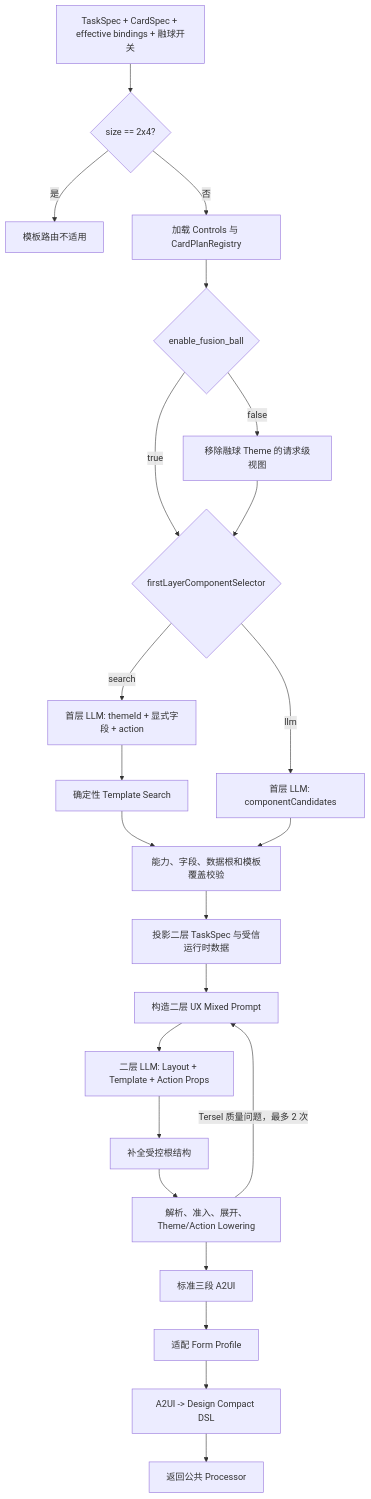
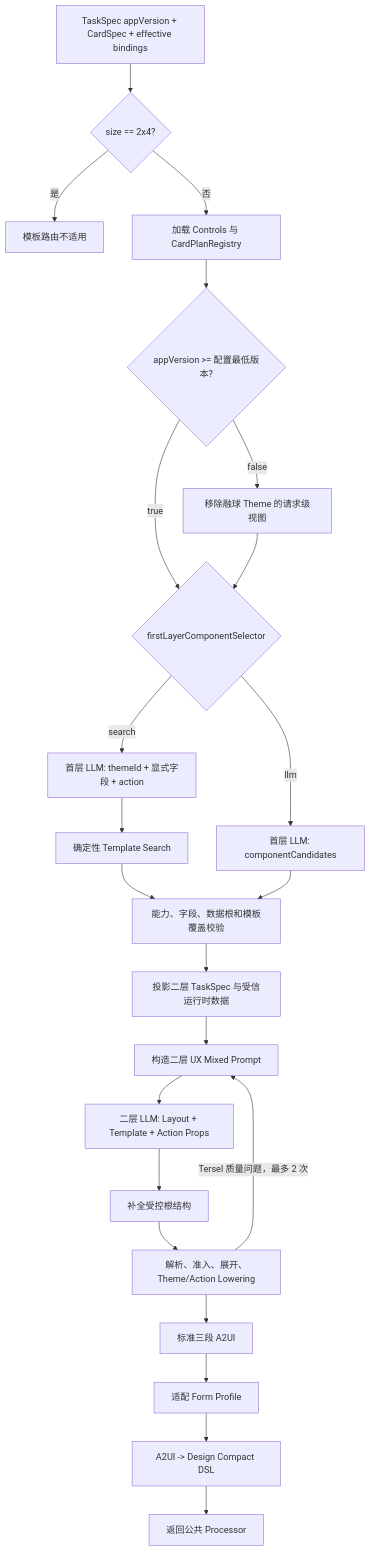
One commit to InnovationTea/CreateMyCard changed the second of 2 diagrams in widget_service/cloud/services/template_generation/docs/architecture.md. Above: the diagram before and after it, drawn with Mermaid. The commit also changed other lines of this file and 8 other files, not shown here.

First line of the commit message:
fix: gate template fusion by TaskSpec appVersion

````diff
--- a/widget_service/cloud/services/template_generation/docs/architecture.md
+++ b/widget_service/cloud/services/template_generation/docs/architecture.md
@@ -63,25 +63,25 @@
 ```mermaid
 flowchart TD
-    IN[TaskSpec + CardSpec + effective bindings + 融球开关] --> SIZE{size == 2x4?}
+    IN[TaskSpec appVersion + CardSpec + effective bindings] --> SIZE{size == 2x4?}
     SIZE -->|是| MISS[模板路由不适用]
     SIZE -->|否| LOAD[加载 Controls 与 CardPlanRegistry]
-    LOAD --> FUSION{enable_fusion_ball}
+    LOAD --> FUSION{appVersion >= 配置最低版本?}
     FUSION -->|false| FILTER[移除融球 Theme 的请求级视图]
     FUSION -->|true| SELECTOR{firstLayerComponentSelector}
     FILTER --> SELECTOR
     SELECTOR -->|search| MARK[首层 LLM: themeId + 显式字段 + action]
     MARK --> SEARCH[确定性 Template Search]
     SELECTOR -->|llm| LEGACY[首层 LLM: componentCandidates]
     SEARCH --> COVER[能力、字段、数据根和模板覆盖校验]
     LEGACY --> COVER
     COVER --> PROJECT[投影二层 TaskSpec 与受信运行时数据]
     PROJECT --> PROMPT[构造二层 UX Mixed Prompt]
     PROMPT --> BODY[二层 LLM: Layout + Template + Action Props]
     BODY --> FRAME[补全受控根结构]
     FRAME --> COMPILE[解析、准入、展开、Theme/Action Lowering]
     COMPILE -->|Tersel 质量问题，最多 2 次| PROMPT
     COMPILE --> A2UI[标准三段 A2UI]
     A2UI --> ADAPT[适配 Form Profile]
     ADAPT --> ROUNDTRIP[A2UI -> Design Compact DSL]
     ROUNDTRIP --> OUT[返回公共 Processor]
 ```
````
